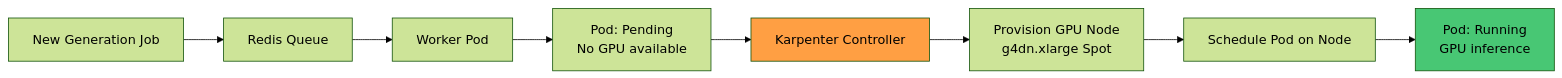
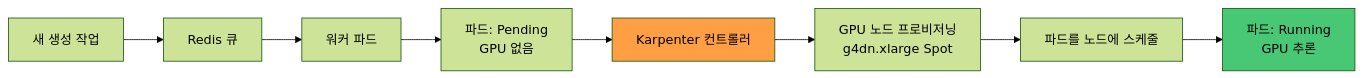
Before and after one commit to Pinksea-AI/InvokeAI: the sixth of 15 diagrams in docs/final-architecture/01-aws-architecture-diagram.md, drawn with Mermaid (forest theme). The commit also changed other lines of this file, not shown here.

First line of the commit message:
docs: AWS 아키텍처 다이어그램 문서를 한글로 번역

````diff
--- a/docs/final-architecture/01-aws-architecture-diagram.md
+++ b/docs/final-architecture/01-aws-architecture-diagram.md
@@ -267,13 +267,13 @@
 ```mermaid
 graph LR
-    Job[New Generation Job] --> Queue[Redis Queue]
-    Queue --> Worker[Worker Pod]
-    Worker --> Pending[Pod: Pending<br/>No GPU available]
-    Pending --> Karpenter[Karpenter Controller]
-    Karpenter --> Provision[Provision GPU Node<br/>g4dn.xlarge Spot]
-    Provision --> Schedule[Schedule Pod on Node]
-    Schedule --> Running[Pod: Running<br/>GPU inference]
+    Job[새 생성 작업] --> Queue[Redis 큐]
+    Queue --> Worker[워커 파드]
+    Worker --> Pending[파드: Pending<br/>GPU 없음]
+    Pending --> Karpenter[Karpenter 컨트롤러]
+    Karpenter --> Provision[GPU 노드 프로비저닝<br/>g4dn.xlarge Spot]
+    Provision --> Schedule[파드를 노드에 스케줄]
+    Schedule --> Running[파드: Running<br/>GPU 추론]
 
     style Karpenter fill:#FF9F43
     style Running fill:#48C774
 ```
````
